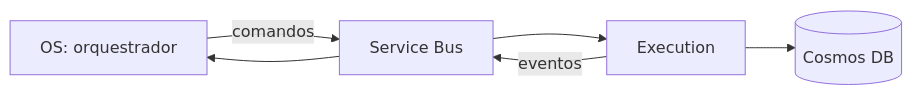
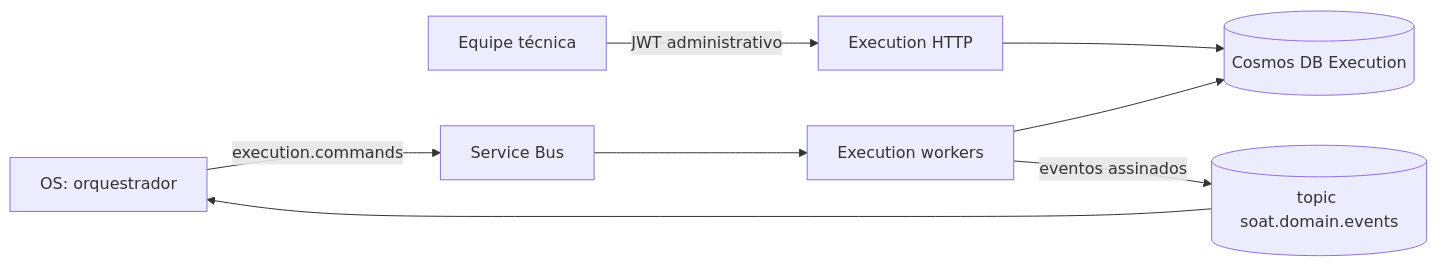
One commit to JoaoGW/soat-execution-service changed the diagram in README.md. Above: the diagram before and after it, drawn with Mermaid. The commit also changed other lines of this file, not shown here.

````diff
--- a/README.md
+++ b/README.md
@@ -23,8 +18,10 @@
 ```mermaid
 flowchart LR
-  OS[OS: orquestrador] -->|comandos| Broker[Service Bus]
-  Broker --> Execution[Execution]
-  Execution --> Cosmos[(Cosmos DB)]
-  Execution -->|eventos| Broker
-  Broker --> OS
+  Equipe[Equipe técnica] -->|JWT administrativo| API[Execution HTTP]
+  OS[OS: orquestrador] -->|execution.commands| Bus[Service Bus]
+  Bus --> Worker[Execution workers]
+  API --> Cosmos[(Cosmos DB Execution)]
+  Worker --> Cosmos
+  Worker -->|eventos assinados| Topic[(topic soat.domain.events)]
+  Topic --> OS
 ```
````
